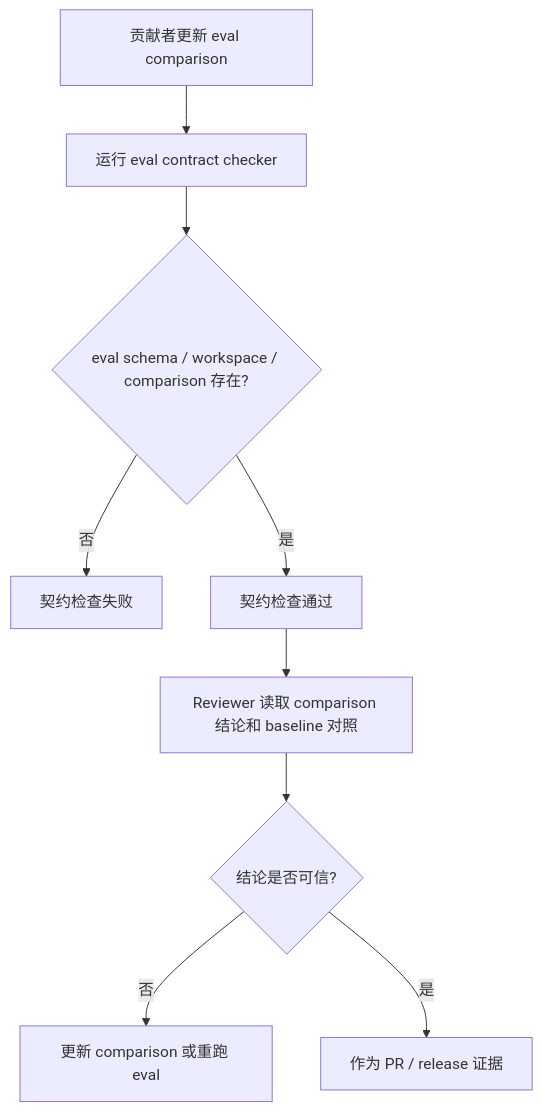
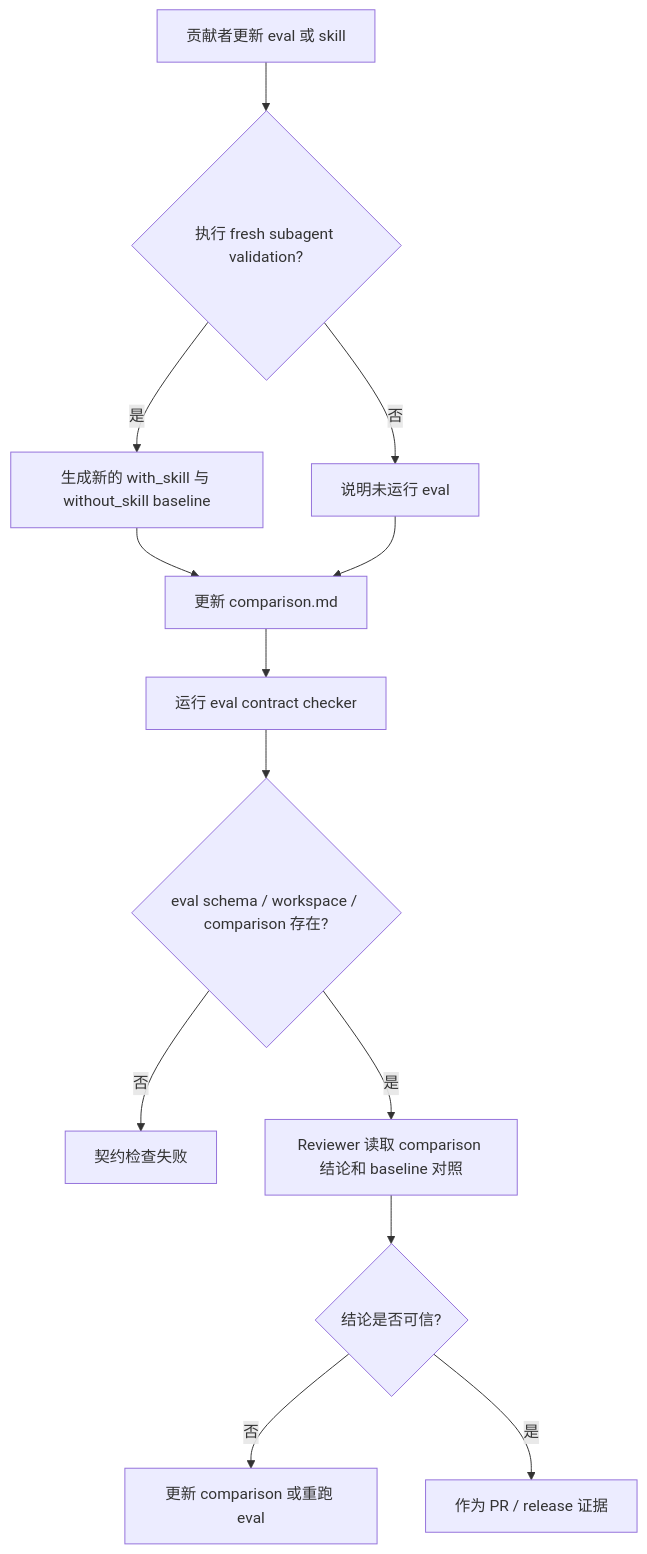
One commit to Neplich/dev-agent-skills changed the diagram in docs/pm/eval-baseline-evidence-contract/PRD.md. Above: the diagram before and after it, drawn with Mermaid. The commit also changed other lines of this file and 19 other files, not shown here.

````diff
--- a/docs/pm/eval-baseline-evidence-contract/PRD.md
+++ b/docs/pm/eval-baseline-evidence-contract/PRD.md
@@ -107,11 +112,15 @@
 ```mermaid
 flowchart TD
-    A["贡献者更新 eval comparison"] --> B["运行 eval contract checker"]
-    B --> C{"eval schema / workspace / comparison 存在?"}
-    C -->|否| D["契约检查失败"]
-    C -->|是| E["契约检查通过"]
-    E --> F["Reviewer 读取 comparison 结论和 baseline 对照"]
-    F --> G{"结论是否可信?"}
-    G -->|否| H["更新 comparison 或重跑 eval"]
-    G -->|是| I["作为 PR / release 证据"]
+    A["贡献者更新 eval 或 skill"] --> B{"执行 fresh subagent validation?"}
+    B -->|是| C["生成新的 with_skill 与 without_skill baseline"]
+    B -->|否| D["说明未运行 eval"]
+    C --> E["更新 comparison.md"]
+    D --> E
+    E --> F["运行 eval contract checker"]
+    F --> G{"eval schema / workspace / comparison 存在?"}
+    G -->|否| H["契约检查失败"]
+    G -->|是| I["Reviewer 读取 comparison 结论和 baseline 对照"]
+    I --> J{"结论是否可信?"}
+    J -->|否| K["更新 comparison 或重跑 eval"]
+    J -->|是| L["作为 PR / release 证据"]
 ```
````
